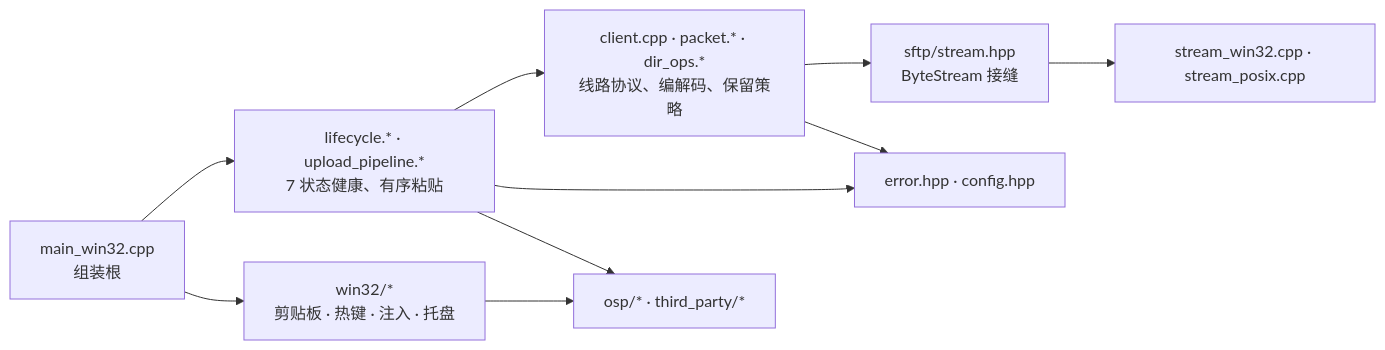
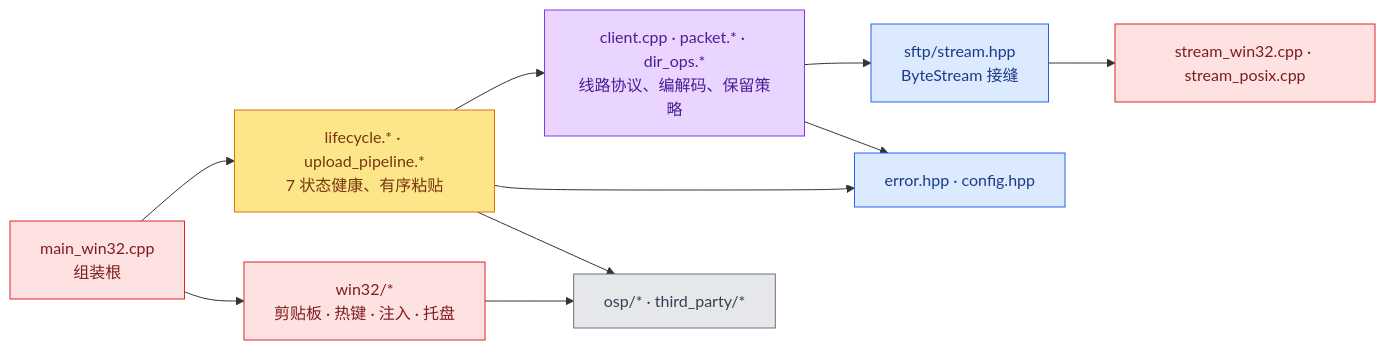
Before and after one commit to DeguiLiu/picopaste: the third of 3 diagrams in README_zh.md, drawn with Mermaid. The commit also changed other lines of this file and 1 other file, not shown here.

Commit message:
story-docs(dm): make every README diagram render, and render in colour
Two real defects, both found by parsing and rendering the diagrams through
mermaid rather than by reading them.

The sequence diagram did not parse at all. Its note read "a size mismatch
aborts; nothing is published", and a semicolon is a statement separator in
mermaid: the note text ended there and the following `P->>U:` was left dangling
mid-statement. The Chinese diagram escaped this only because it used a fullwidth
comma. The semicolon predates this rewrite -- it was in the original line, and
carrying the sentence over carried the bug.

The architecture diagram referenced :::pub, :::sftp, :::app, :::plat and :::ext
but no longer defined them: compressing the diagram dropped the classDef block
and left the inline tags behind. Mermaid ignores an undefined class silently, so
the picture rendered with those nodes unstyled instead of failing loudly.

The sequence diagram also had no colour at all; it now carries an init block
setting actor, signal and note colours, verified by rendering.

All six diagrams now parse, render, and give every node a fill.

````diff
--- a/README_zh.md
+++ b/README_zh.md
@@ -71,18 +72,23 @@
 ```mermaid
 flowchart LR
   MAIN["main_win32.cpp<br/>组装根"]:::plat
   LIF["lifecycle.* · upload_pipeline.*<br/>7 状态健康、有序粘贴"]:::app
   W32["win32/*<br/>剪贴板 · 热键 · 注入 · 托盘"]:::plat
   CLIC["client.cpp · packet.* · dir_ops.*<br/>线路协议、编解码、保留策略"]:::sftp
   STRM["sftp/stream.hpp<br/>ByteStream 接缝"]:::pub
   IMPL["stream_win32.cpp · stream_posix.cpp"]:::plat
   PUB["error.hpp · config.hpp"]:::pub
   EXT["osp/* · third_party/*"]:::ext
   MAIN --> LIF & W32
   LIF --> CLIC
   CLIC --> STRM --> IMPL
   LIF --> PUB
   CLIC --> PUB
   LIF --> EXT
   W32 --> EXT
+  classDef pub fill:#dbeafe,stroke:#2563eb,color:#1e3a8a
+  classDef sftp fill:#e9d5ff,stroke:#7c3aed,color:#4c1d95
+  classDef app fill:#fde68a,stroke:#d97706,color:#78350f
+  classDef plat fill:#fee2e2,stroke:#dc2626,color:#7f1d1d
+  classDef ext fill:#e5e7eb,stroke:#6b7280,color:#374151
 ```
````
